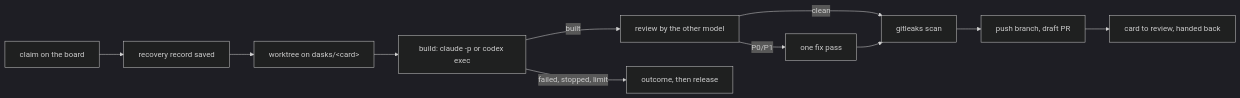
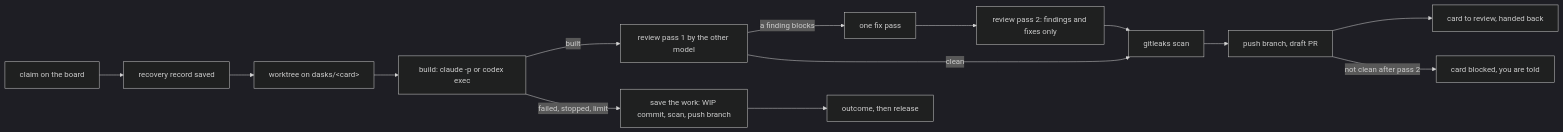
One commit to drake-agent/dasks-kit changed the diagram in docs/runner.md. Above: the diagram before and after it, drawn with Mermaid (dark theme). The commit also changed other lines of this file and 39 other files, not shown here.

First line of the commit message:
Runner: two-pass review, saved work, human steps, version mode (#5)

````diff
--- a/docs/runner.md
+++ b/docs/runner.md
@@ -7,13 +7,16 @@
 ```mermaid
 flowchart LR
   A[claim on the board] --> B[recovery record saved]
   B --> C[worktree on dasks/&lt;card&gt;]
   C --> D[build: claude -p or codex exec]
-  D -->|built| E[review by the other model]
-  E -->|P0/P1| F[one fix pass]
+  D -->|built| E[review pass 1 by the other model]
+  E -->|a finding blocks| F[one fix pass]
+  F --> P[review pass 2: findings and fixes only]
   E -->|clean| G[gitleaks scan]
-  F --> G
+  P --> G
   G --> H[push branch, draft PR]
   H --> I[card to review, handed back]
-  D -->|failed, stopped, limit| R[outcome, then release]
+  H -->|not clean after pass 2| B2[card blocked, you are told]
+  D -->|failed, stopped, limit| S[save the work: WIP commit, scan, push branch]
+  S --> R[outcome, then release]
 ```
````
